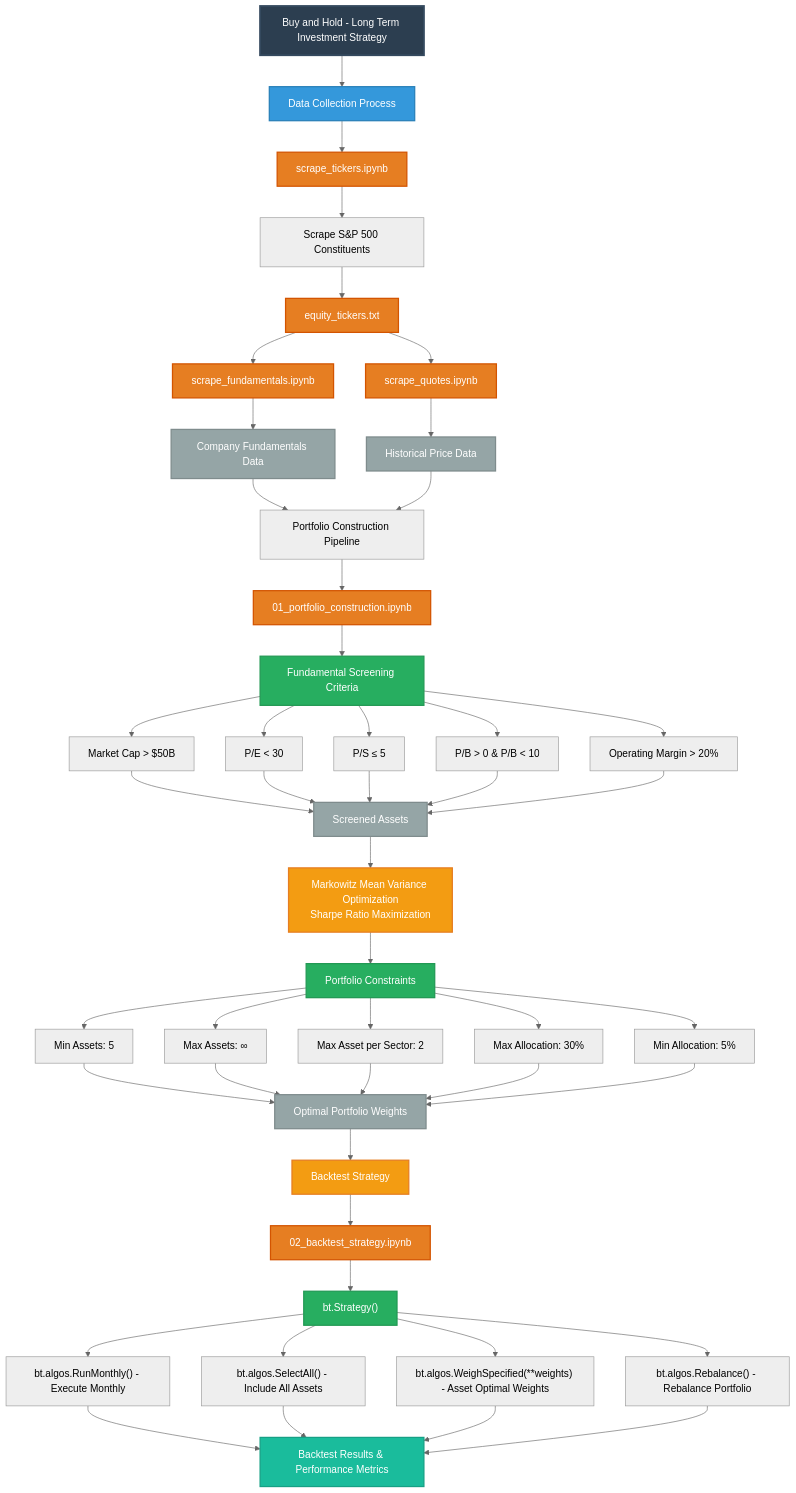
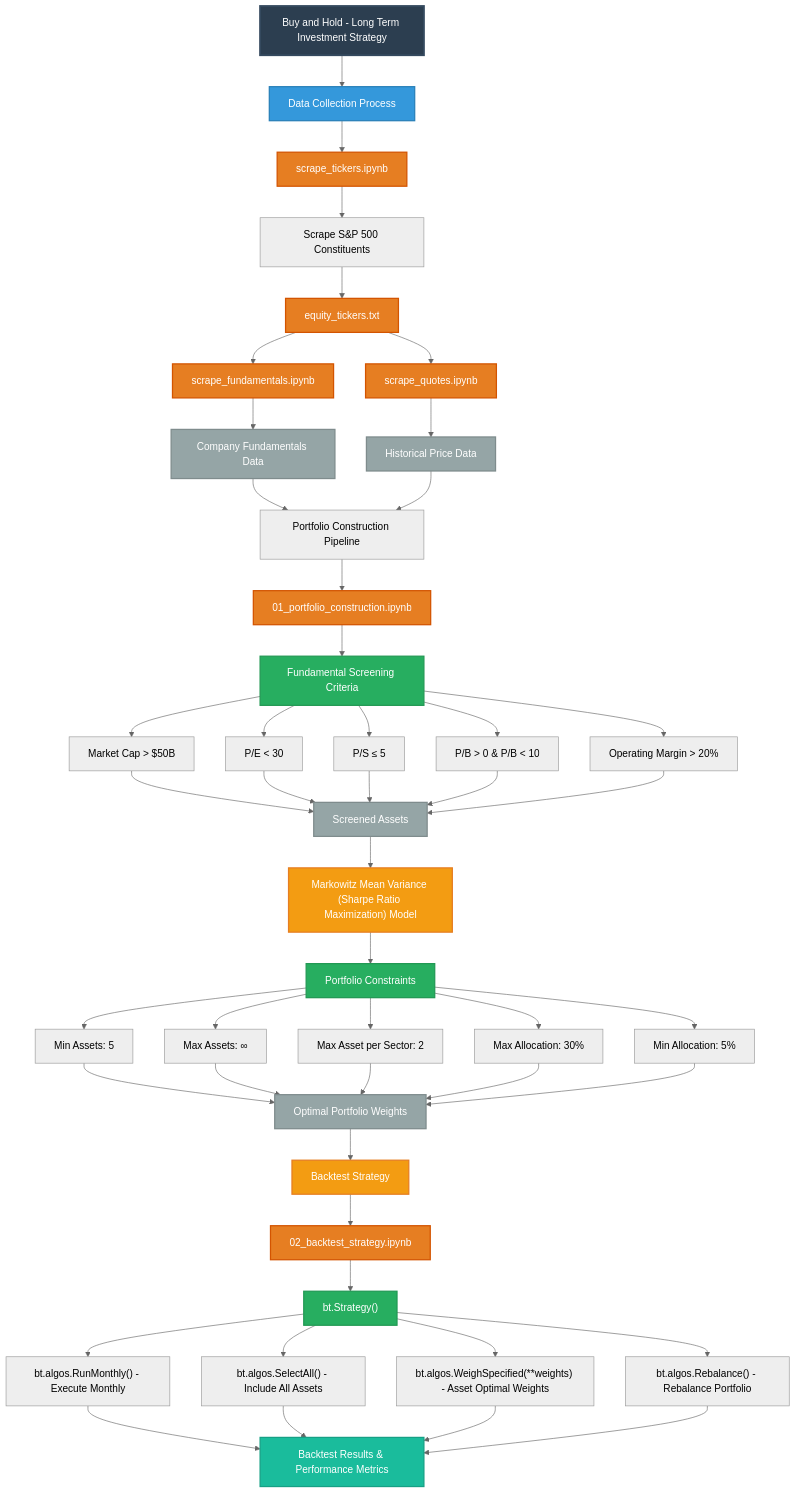
Before and after one commit to renan-peres/mfin-algo-trading-team: the diagram in README.md, drawn with Mermaid (neutral theme).

Commit message:
Diagram Update

```diff
--- a/README.md
+++ b/README.md
@@ -40,7 +40,7 @@
     C7 --> C8
     
     %% Portfolio Optimization
-    C8 --> G1[Markowitz Mean Variance Optimization<br/>Sharpe Ratio Maximization]
+    C8 --> G1["Markowitz Mean Variance (Sharpe Ratio Maximization) Model"]
     
     %% Optimization Constraints
     G1 --> CONSTRAINTS[Portfolio Constraints]
```
